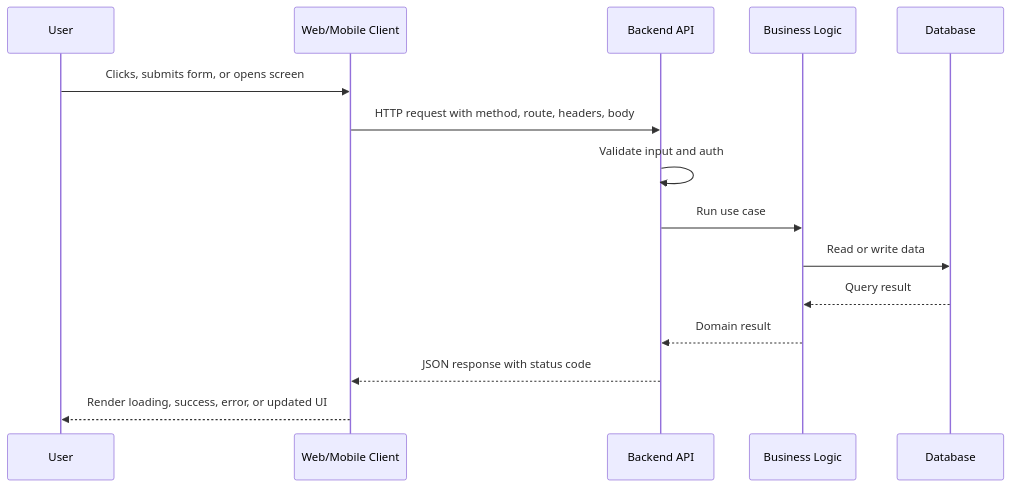
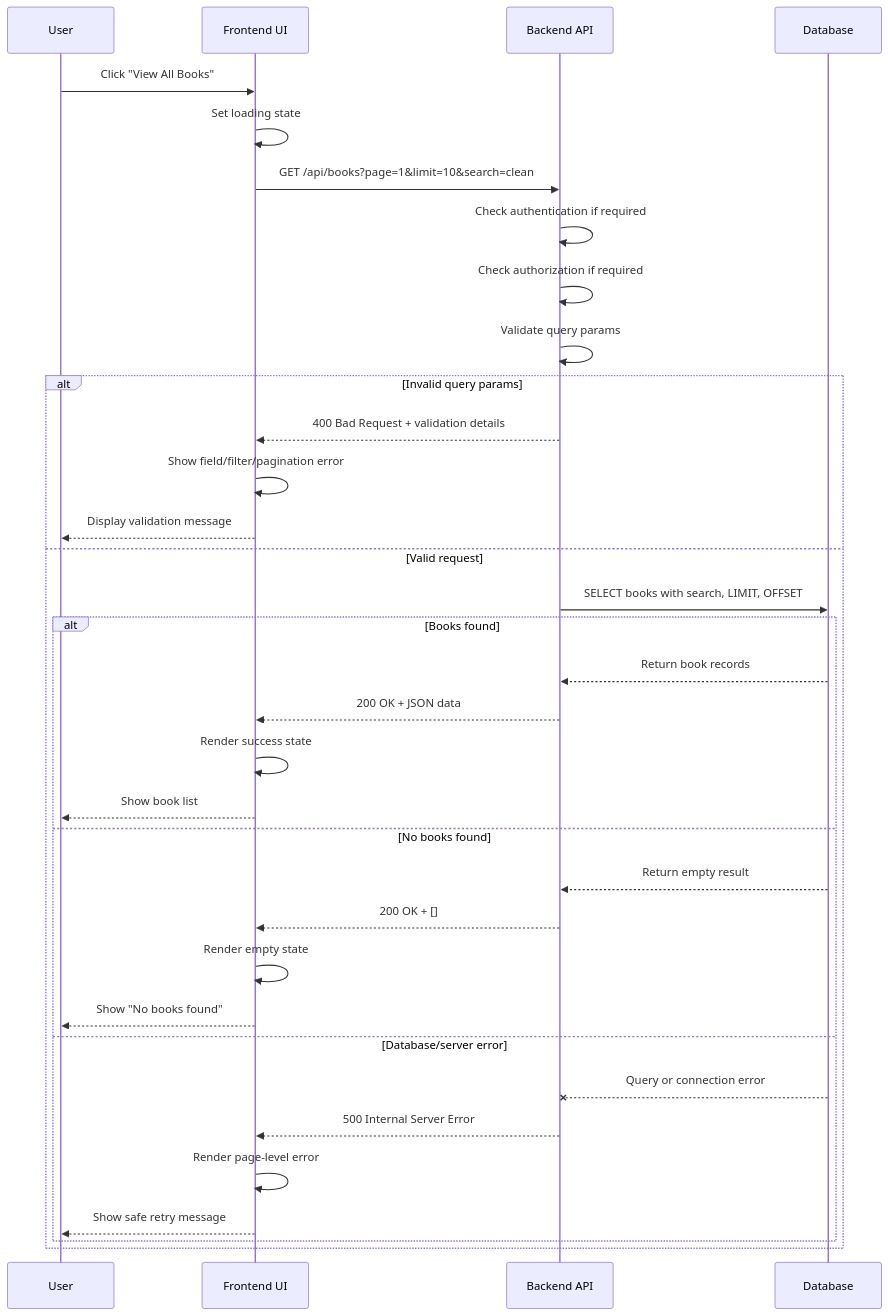
One commit to bruce184/fullstack-2026plus-career-roadmap changed the diagram in weekly-logs/week-01-2026-05-04.md. Above: the diagram before and after it, drawn with Mermaid. The commit also changed other lines of this file and 4 other files, not shown here.

Commit message:
docs(week-01): add request flow learning notes

````diff
--- a/weekly-logs/week-01-2026-05-04.md
+++ b/weekly-logs/week-01-2026-05-04.md
@@ -43,18 +59,40 @@
 ```mermaid
 sequenceDiagram
     participant User
-    participant Client as Web/Mobile Client
+    participant UI as Frontend UI
     participant API as Backend API
-    participant Service as Business Logic
     participant DB as Database
 
-    User->>Client: Clicks, submits form, or opens screen
-    Client->>API: HTTP request with method, route, headers, body
-    API->>API: Validate input and auth
-    API->>Service: Run use case
-    Service->>DB: Read or write data
-    DB-->>Service: Query result
-    Service-->>API: Domain result
-    API-->>Client: JSON response with status code
-    Client-->>User: Render loading, success, error, or updated UI
+    User->>UI: Click "View All Books"
+    UI->>UI: Set loading state
+    UI->>API: GET /api/books?page=1&limit=10&search=clean
+
+    API->>API: Check authentication if required
+    API->>API: Check authorization if required
+    API->>API: Validate query params
+
+    alt Invalid query params
+        API-->>UI: 400 Bad Request + validation details
+        UI->>UI: Show field/filter/pagination error
+        UI-->>User: Display validation message
+    else Valid request
+        API->>DB: SELECT books with search, LIMIT, OFFSET
+
+        alt Books found
+            DB-->>API: Return book records
+            API-->>UI: 200 OK + JSON data
+            UI->>UI: Render success state
+            UI-->>User: Show book list
+        else No books found
+            DB-->>API: Return empty result
+            API-->>UI: 200 OK + []
+            UI->>UI: Render empty state
+            UI-->>User: Show "No books found"
+        else Database/server error
+            DB--xAPI: Query or connection error
+            API-->>UI: 500 Internal Server Error
+            UI->>UI: Render page-level error
+            UI-->>User: Show safe retry message
+        end
+    end
 ```
````
